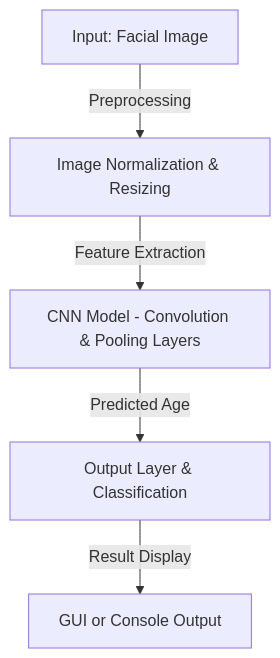
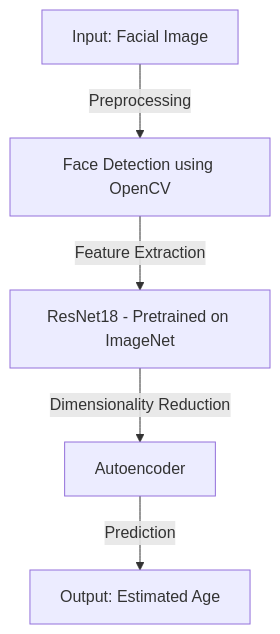
Before and after one commit to Suyash9698/Age-Predictor: the second of 2 diagrams in README.md, drawn with Mermaid. The commit also changed other lines of this file, not shown here.

````diff
--- a/README.md
+++ b/README.md
@@ -23,7 +57,7 @@
 ```mermaid
 graph TD;
-    A[Input: Facial Image] -->|Preprocessing| B[Image Normalization & Resizing];
-    B -->|Feature Extraction| C[CNN Model - Convolution & Pooling Layers];
-    C -->|Predicted Age| D[Output Layer & Classification];
-    D -->|Result Display| E[GUI or Console Output];
+    A[Input: Facial Image] -->|Preprocessing| B[Face Detection using OpenCV];
+    B -->|Feature Extraction| C[ResNet18 - Pretrained on ImageNet];
+    C -->|Dimensionality Reduction| D[Autoencoder];
+    D -->|Prediction| E[Output: Estimated Age];
 ```
````
